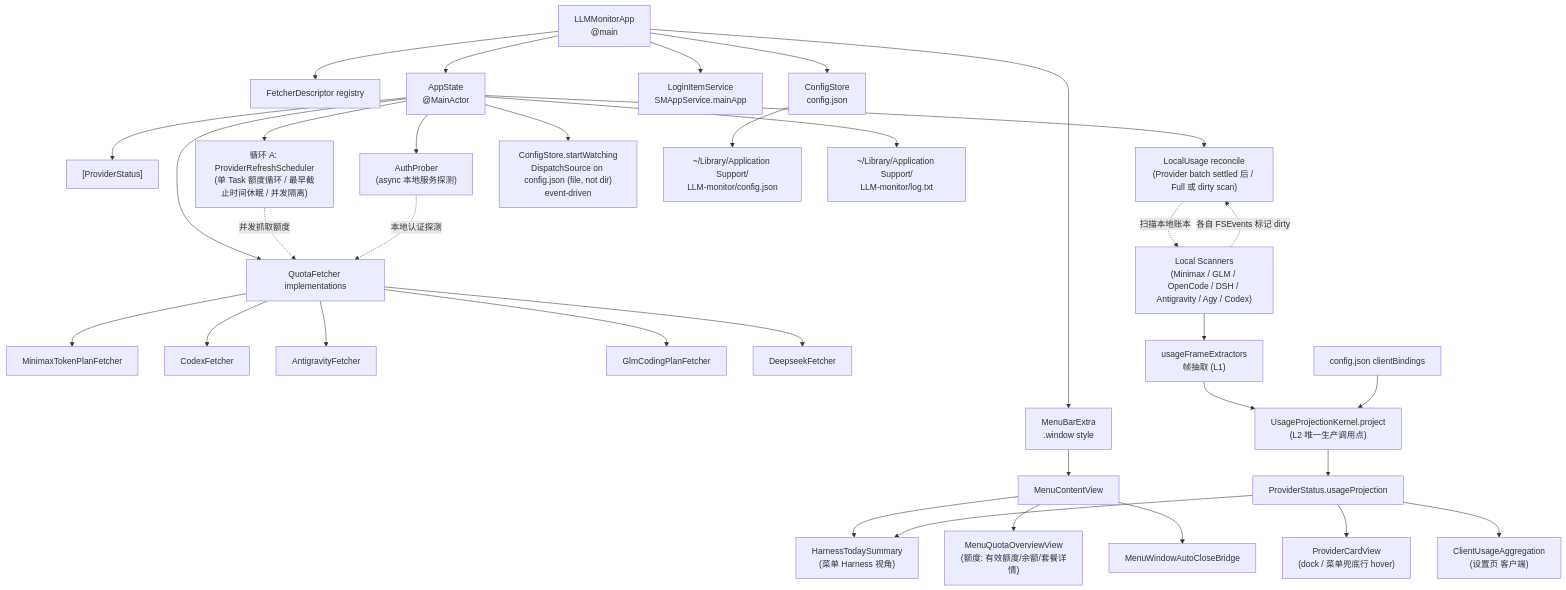
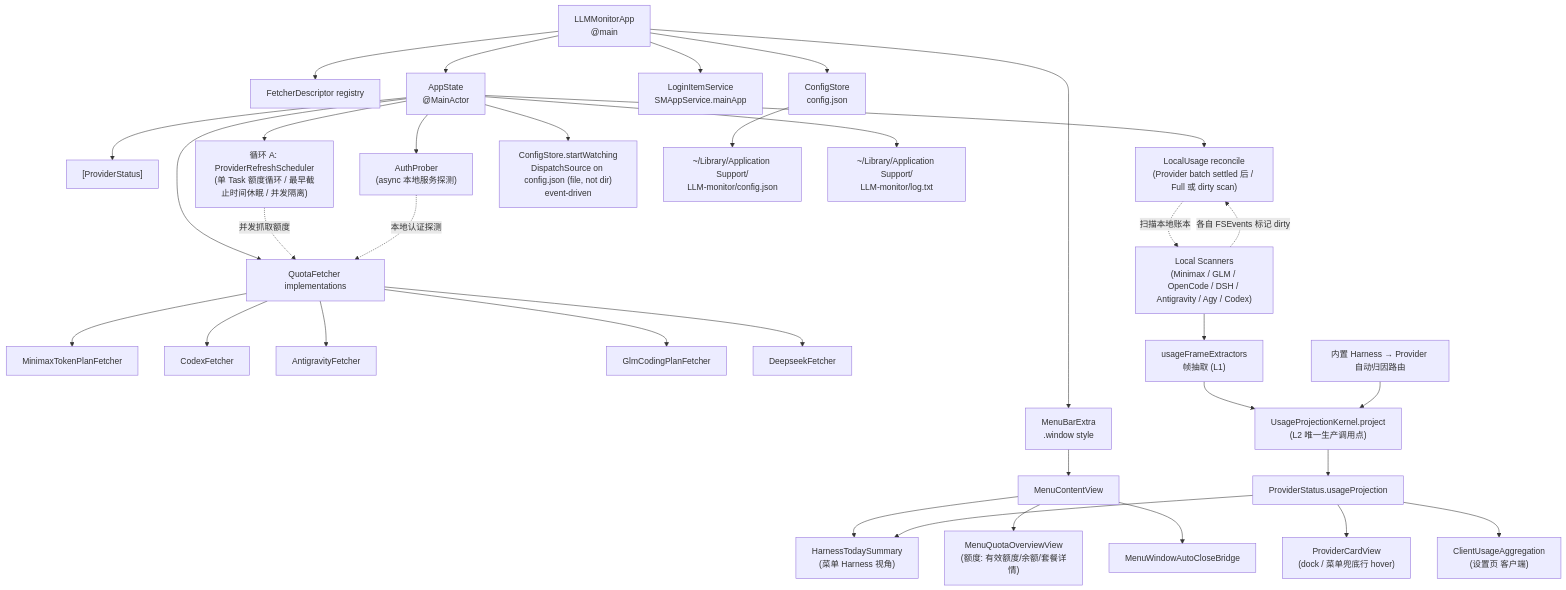
The diagram in spec/runtime.md (bigboyq/LLM-monitor), drawn with Mermaid before and after one commit. The commit also changed other lines of this file and 54 other files, not shown here.

````diff
--- a/spec/runtime.md
+++ b/spec/runtime.md
@@ -7,42 +7,42 @@
 ```mermaid
 flowchart TD
   App["LLMMonitorApp\n@main"] --> MenuBar["MenuBarExtra\n.window style"]
   App --> Descriptors["FetcherDescriptor registry"]
   App --> ConfigStore["ConfigStore\nconfig.json"]
   App --> LoginItem["LoginItemService\nSMAppService.mainApp"]
   App --> AppState["AppState\n@MainActor"]
 
   MenuBar --> MenuContentView["MenuContentView"]
   MenuContentView --> Harness["HarnessUsageMenuView\n(用量: 汇总/可折叠客户端)"]
   MenuContentView --> QuotaOverview["MenuQuotaOverviewView\n(额度: 有效额度/余额/套餐详情)"]
   MenuContentView --> AutoClose["MenuWindowAutoCloseBridge"]
 
   AppState --> Statuses["[ProviderStatus]"]
   AppState --> LoopA["循环 A: ProviderRefreshScheduler\n(单 Task 额度循环 / 最早截止时间休眠 / 并发隔离)"]
   AppState --> Reconcile["LocalUsage reconcile\n(Provider batch settled 后 / Full 或 dirty scan)"]
   AppState --> Prober["AuthProber\n(async 本地服务探测)"]
   AppState --> Watcher["ConfigStore.startWatching\nDispatchSource on config.json (file, not dir)\nevent-driven"]
   AppState --> Fetchers["QuotaFetcher implementations"]
 
   LoopA -. 并发抓取额度 .-> Fetchers
   Prober -. 本地认证探测 .-> Fetchers
   Reconcile -. 扫描本地账本 .-> Scanners["Local Scanners\n(Minimax / GLM / OpenCode / DSH / Antigravity / Agy / Codex)"]
   Scanners -. 各自 FSEvents 标记 dirty .-> Reconcile
 
   Fetchers --> Minimax["MinimaxTokenPlanFetcher"]
   Fetchers --> Codex["CodexFetcher"]
   Fetchers --> Antigravity["AntigravityFetcher"]
   Fetchers --> GLM["GlmCodingPlanFetcher"]
   Fetchers --> Deepseek["DeepseekFetcher"]
 
   Scanners --> Frames["usageFrameExtractors\n帧抽取 (L1)"]
   Frames --> Kernel["UsageProjectionKernel.project\n(L2 唯一生产调用点)"]
-  ConfigBindings["config.json clientBindings"] --> Kernel
+  ConfigBindings["内置 Harness → Provider 自动归因路由"] --> Kernel
   Kernel --> Projection["ProviderStatus.usageProjection"]
   Projection --> ProviderCard["ProviderCardView\n(dock / 菜单兜底行 hover)"]
   Projection --> Harness["HarnessTodaySummary\n(菜单 Harness 视角)"]
   Projection --> ClientsPane["ClientUsageAggregation\n(设置页 客户端)"]
 
   ConfigStore --> ConfigFile["~/Library/Application Support/\nLLM-monitor/config.json"]
   AppState --> LogFile["~/Library/Application Support/\nLLM-monitor/log.txt"]
 ```
````
